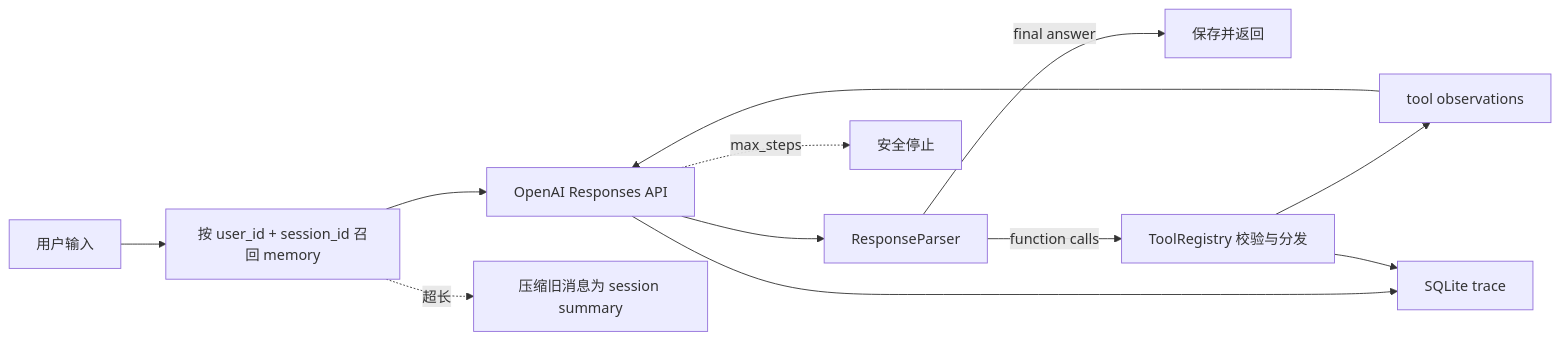
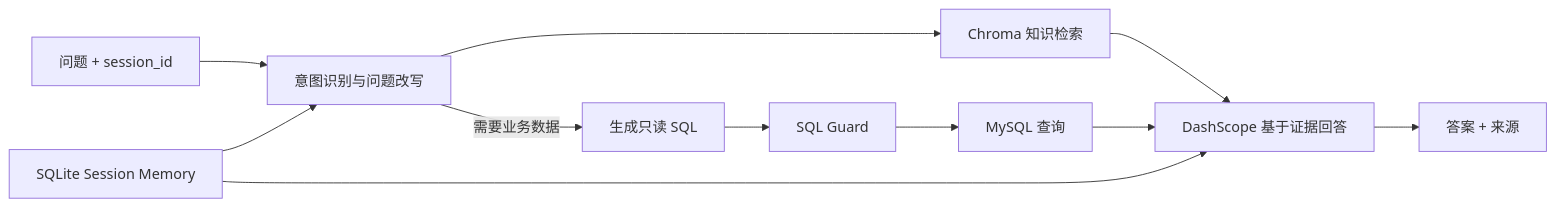
One commit to CUIShaoXin/-agent- changed the second of 2 diagrams in README.md. Above: the diagram before and after it, drawn with Mermaid. The commit also changed other lines of this file, not shown here.

````diff
--- a/README.md
+++ b/README.md
@@ -184,14 +75,13 @@
 ```mermaid
 flowchart LR
-    U["用户输入"] --> S["按 user_id + session_id 召回 memory"]
-    S --> L["OpenAI Responses API"]
-    L --> P["ResponseParser"]
-    P -->|final answer| R["保存并返回"]
-    P -->|function calls| T["ToolRegistry 校验与分发"]
-    T --> O["tool observations"]
-    O --> L
-    L -. max_steps .-> X["安全停止"]
-    S -. 超长 .-> C["压缩旧消息为 session summary"]
-    L --> Z["SQLite trace"]
-    T --> Z
+    U["问题 + session_id"] --> I["意图识别与问题改写"]
+    I --> R["Chroma 知识检索"]
+    I -->|需要业务数据| S["生成只读 SQL"]
+    S --> G["SQL Guard"]
+    G --> D["MySQL 查询"]
+    R --> L["DashScope 基于证据回答"]
+    D --> L
+    M["SQLite Session Memory"] --> I
+    M --> L
+    L --> A["答案 + 来源"]
 ```
````
